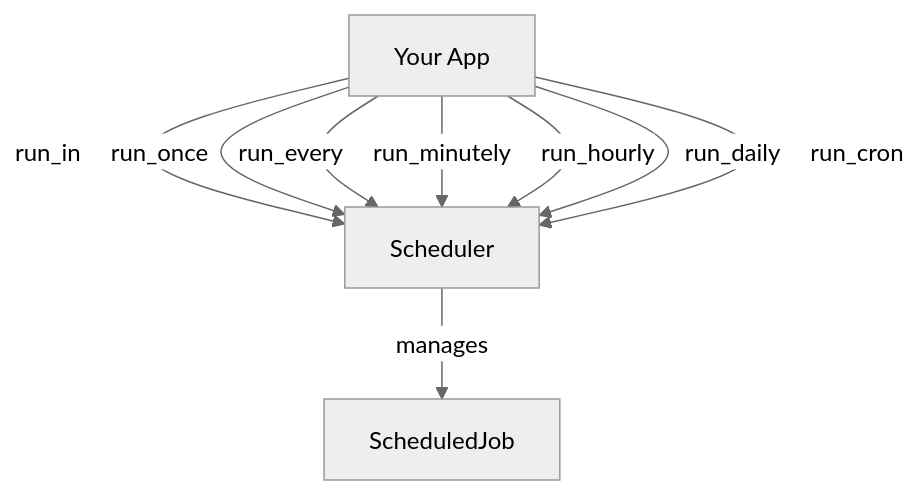
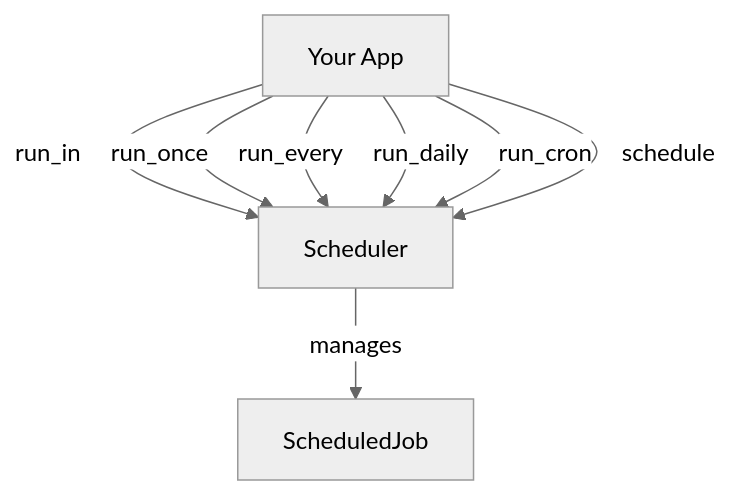
Before and after one commit to NodeJSmith/hassette: the diagram in docs/pages/core-concepts/scheduler/index.md, drawn with Mermaid (neutral theme). The commit also changed other lines of this file and 27 other files, not shown here.

````diff
--- a/docs/pages/core-concepts/scheduler/index.md
+++ b/docs/pages/core-concepts/scheduler/index.md
@@ -8,12 +7,11 @@
 ```mermaid
 graph TB
     APP[Your App] --> |run_in| SCHED[Scheduler]
     APP --> |run_once| SCHED
     APP --> |run_every| SCHED
-    APP --> |run_minutely| SCHED
-    APP --> |run_hourly| SCHED
     APP --> |run_daily| SCHED
     APP --> |run_cron| SCHED
+    APP --> |schedule| SCHED
 
     SCHED --> |manages| JOB[ScheduledJob]
 ```
````
